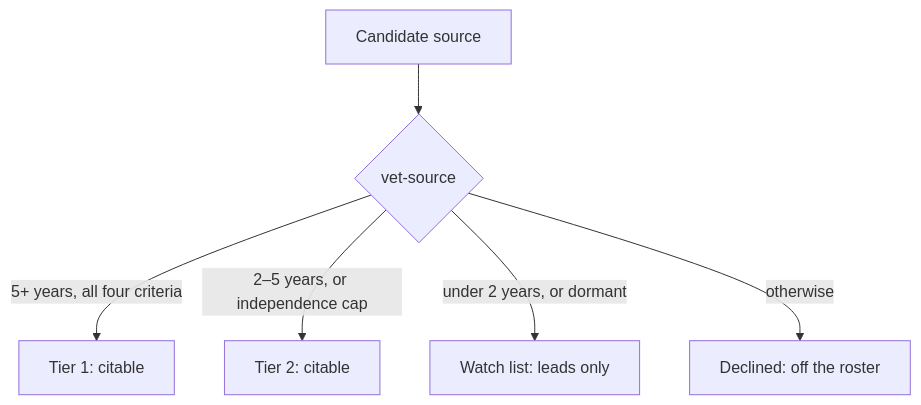
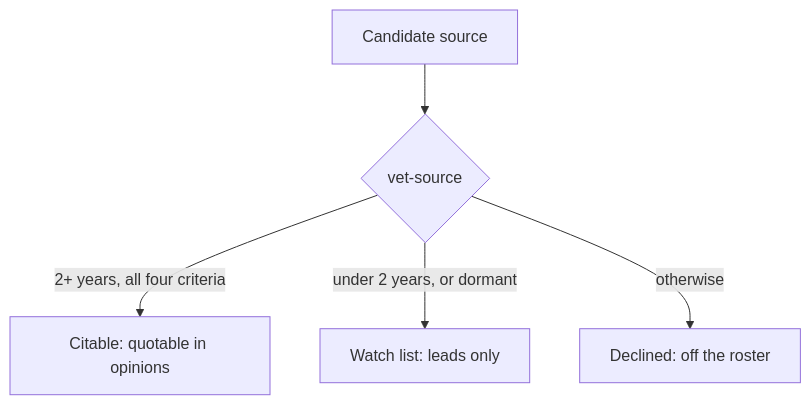
The first of 2 diagrams in README.md (si618/dotnet-awesome-humans), drawn with Mermaid before and after one commit. The commit also changed other lines of this file and 13 other files, not shown here.

First line of the commit message:
docs: collapse Tier 1 and Tier 2 into one Citable roster (#80)

````diff
--- a/README.md
+++ b/README.md
@@ -61,8 +61,7 @@
 ```mermaid
 flowchart TD
     candidate["Candidate source"] --> vet{"vet-source"}
-    vet -->|"5+ years, all four criteria"| tier1["Tier 1: citable"]
-    vet -->|"2–5 years, or independence cap"| tier2["Tier 2: citable"]
+    vet -->|"2+ years, all four criteria"| citable["Citable: quotable in opinions"]
     vet -->|"under 2 years, or dormant"| watch["Watch list: leads only"]
     vet -->|"otherwise"| declined["Declined: off the roster"]
 ```
````
